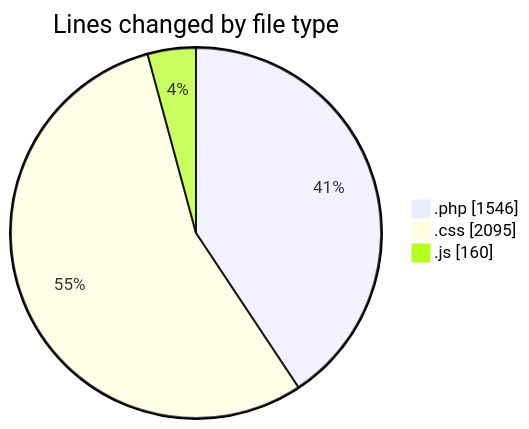
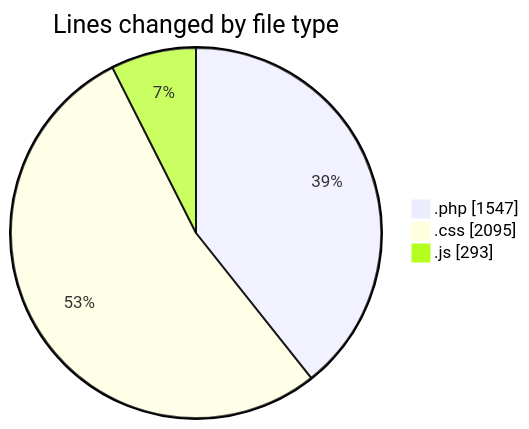
Before and after one commit to debugP/code-tracking: the first of 2 diagrams in 2025-10-23/untitled__workspace_/README.md, drawn with Mermaid. The commit also changed other lines of this file and 1 other file, not shown here.

````diff
--- a/2025-10-23/untitled__workspace_/README.md
+++ b/2025-10-23/untitled__workspace_/README.md
@@ -24,7 +25,7 @@
 ```mermaid
 pie showData
 title Lines changed by file type
-".php" : 1546
+".php" : 1547
 ".css" : 2095
-".js" : 160
+".js" : 293
 ```
````
